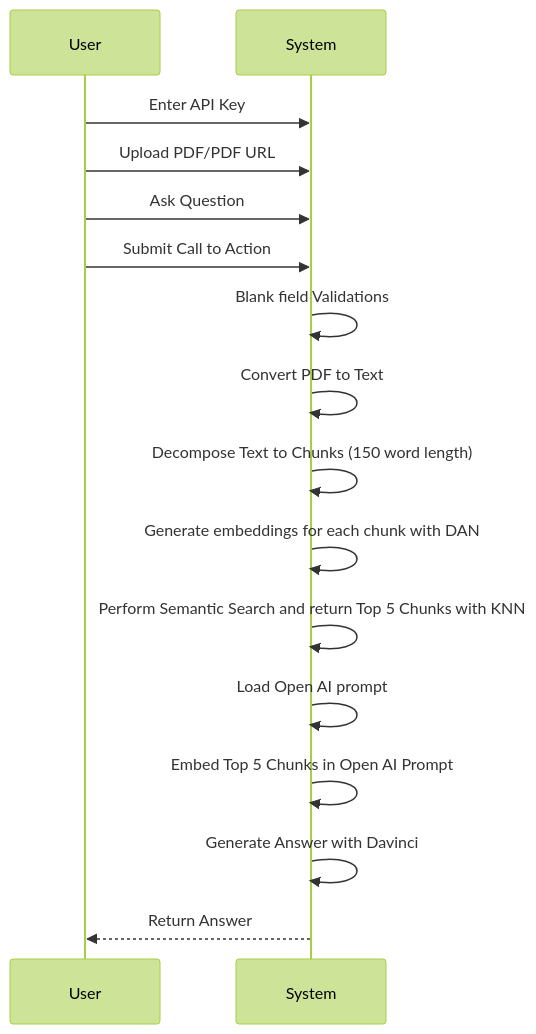
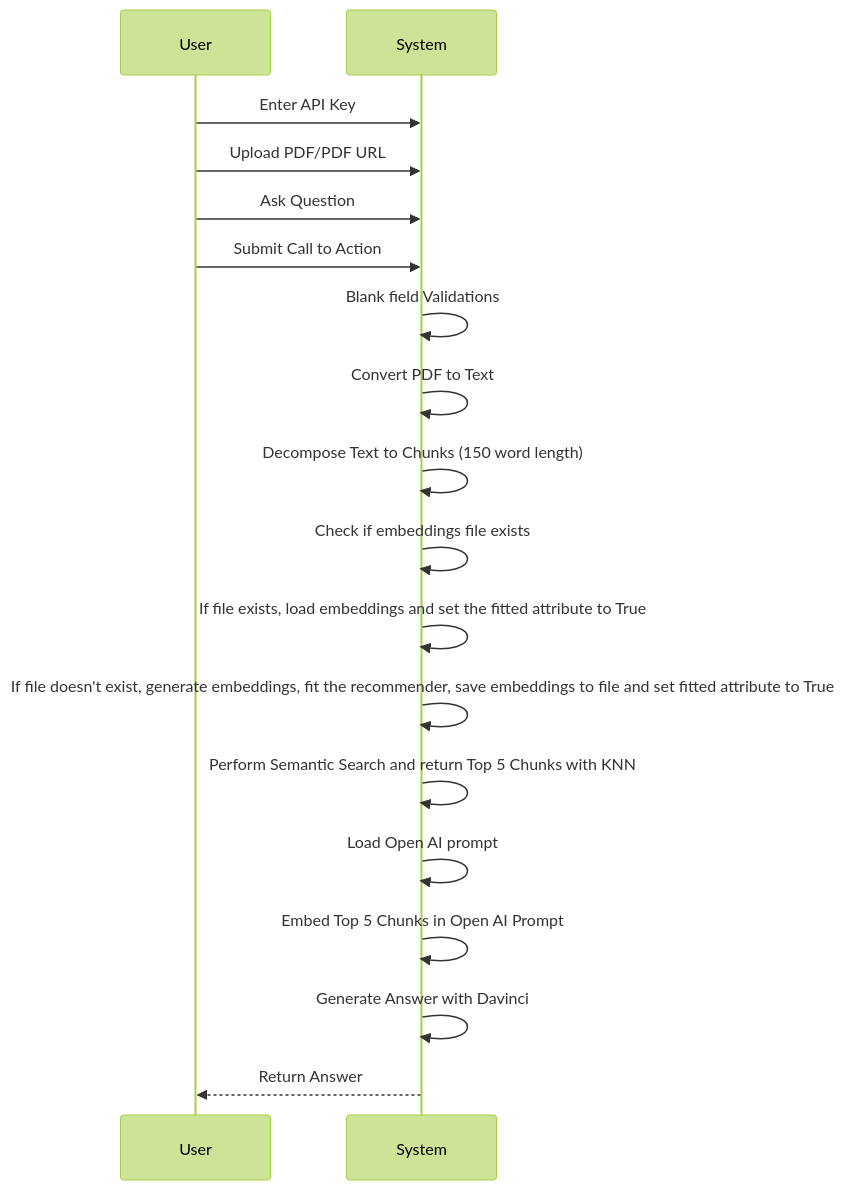
Before and after one commit to bhaskatripathi/pdfGPT: the first of 2 diagrams in README.md, drawn with Mermaid (forest theme).

````diff
--- a/README.md
+++ b/README.md
@@ -19,21 +19,23 @@
 ```mermaid
 sequenceDiagram
     participant User
     participant System
 
     User->>System: Enter API Key
     User->>System: Upload PDF/PDF URL
     User->>System: Ask Question
     User->>System: Submit Call to Action
 
     System->>System: Blank field Validations
     System->>System: Convert PDF to Text
     System->>System: Decompose Text to Chunks (150 word length)
-    System->>System: Generate embeddings for each chunk with DAN
+    System->>System: Check if embeddings file exists
+    System->>System: If file exists, load embeddings and set the fitted attribute to True
+    System->>System: If file doesn't exist, generate embeddings, fit the recommender, save embeddings to file and set fitted attribute to True
     System->>System: Perform Semantic Search and return Top 5 Chunks with KNN
     System->>System: Load Open AI prompt
     System->>System: Embed Top 5 Chunks in Open AI Prompt
     System->>System: Generate Answer with Davinci
 
     System-->>User: Return Answer
 ```
````
